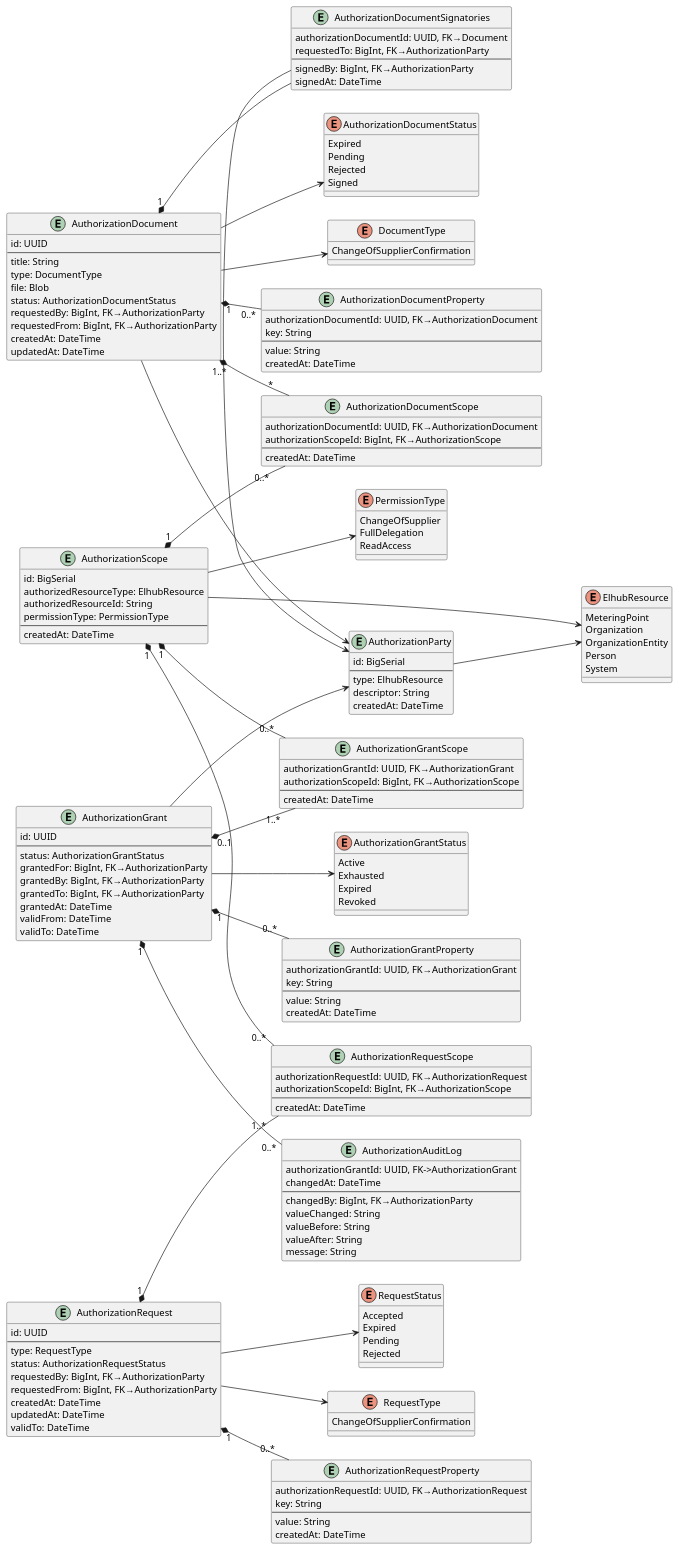
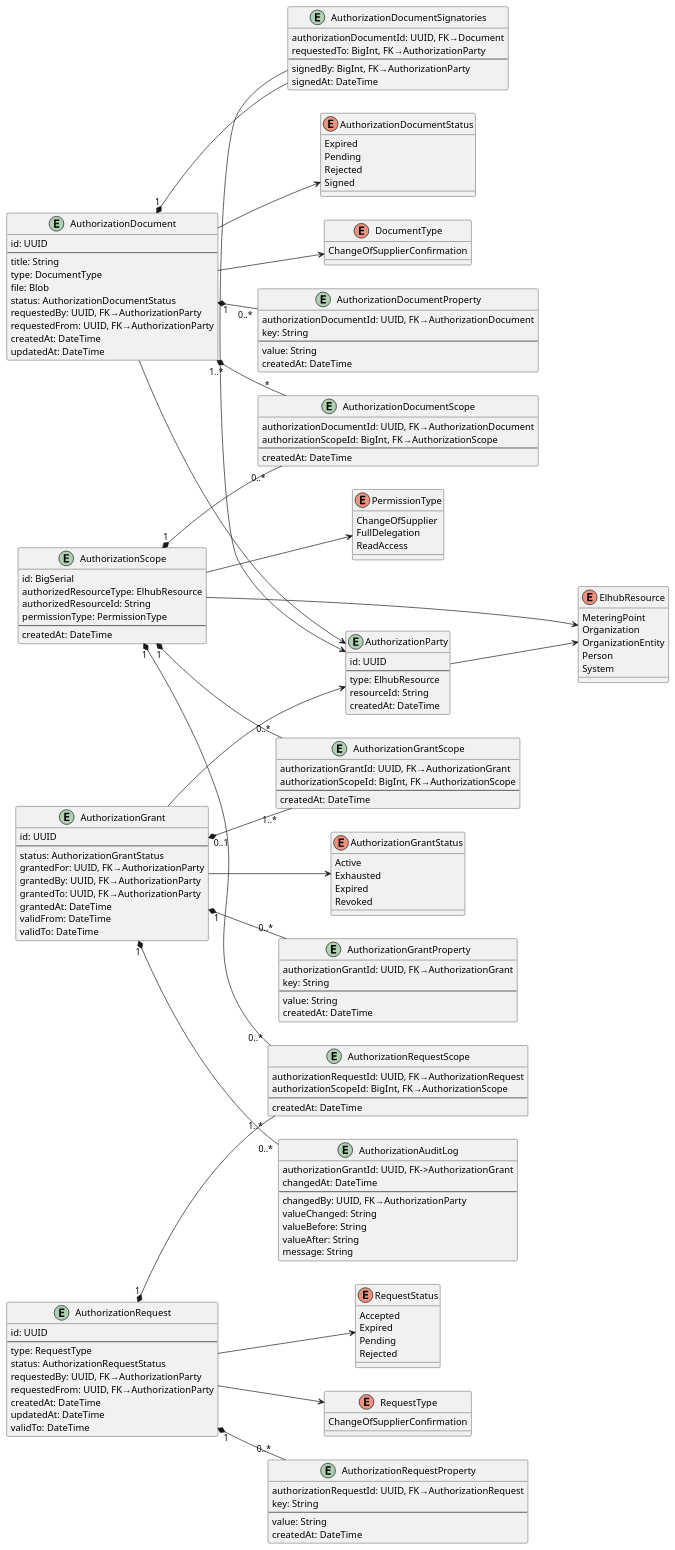
Before and after one commit to elhub/auth-grant-manager: the diagram in docs/assets/datamodel.plantuml, drawn with PlantUML. The commit also changed 12 other files, not shown here.

Commit message:
Extract authorization party as shared vertical slice. Also change authorization_grant.granted_{for,by,to} from VARCHAR -> UUID

```diff
--- a/docs/assets/datamodel.plantuml
+++ b/docs/assets/datamodel.plantuml
@@ -1,196 +1,196 @@
 @startuml datamodel
 left to right direction
 'top to bottom direction
 
 ' The PartyId is a type that is used to identify a party
 ' It can be an elhub user Id or a GLN. It is a string because it can be a UUID or a GLN-number
 ' type PartyId = String
 
 enum AuthorizationGrantStatus {
   Active
   Exhausted
   Expired
   Revoked
 }
 
 enum PermissionType {
   ChangeOfSupplier
   FullDelegation
   ReadAccess
 }
 
 enum AuthorizationDocumentStatus {
   Expired
   Pending
   Rejected
   Signed
 }
 
 enum RequestStatus {
   Accepted
   Expired
   Pending
   Rejected
 }
 
 enum ElhubResource {
   MeteringPoint
   Organization
   OrganizationEntity
   Person
   System
 }
 
 enum DocumentType {
   ChangeOfSupplierConfirmation
 }
 
 enum RequestType {
   ChangeOfSupplierConfirmation
 }
 
 entity AuthorizationGrant {
   id: UUID
   --
   status: AuthorizationGrantStatus
-  grantedFor: BigInt, FK→AuthorizationParty
-  grantedBy: BigInt, FK→AuthorizationParty
-  grantedTo: BigInt, FK→AuthorizationParty
+  grantedFor: UUID, FK→AuthorizationParty
+  grantedBy: UUID, FK→AuthorizationParty
+  grantedTo: UUID, FK→AuthorizationParty
   grantedAt: DateTime
   validFrom: DateTime
   validTo: DateTime
 }
 
 ' Used to store metadata related to the AuthorizationGrant
 entity AuthorizationGrantProperty {
   authorizationGrantId: UUID, FK→AuthorizationGrant
   key: String
   --
   value: String
   createdAt: DateTime
 }
 
 entity AuthorizationAuditLog {
   authorizationGrantId: UUID, FK->AuthorizationGrant
   changedAt: DateTime
   --
-  changedBy: BigInt, FK→AuthorizationParty
+  changedBy: UUID, FK→AuthorizationParty
   valueChanged: String
   valueBefore: String
   valueAfter: String
   message: String
 }
 
 entity AuthorizationRequest {
   id: UUID
   --
   type: RequestType
   status: AuthorizationRequestStatus
-  requestedBy: BigInt, FK→AuthorizationParty
-  requestedFrom: BigInt, FK→AuthorizationParty
+  requestedBy: UUID, FK→AuthorizationParty
+  requestedFrom: UUID, FK→AuthorizationParty
   createdAt: DateTime
   updatedAt: DateTime
   validTo: DateTime
 }
 
 entity AuthorizationRequestProperty {
   authorizationRequestId: UUID, FK→AuthorizationRequest
   key: String
   --
   value: String
   createdAt: DateTime
 }
 
 ' In this model it is assumed that the metadata is stored in the document.
 entity AuthorizationDocument {
   id: UUID
   --
   title: String
   type: DocumentType
   file: Blob
   status: AuthorizationDocumentStatus
-  requestedBy: BigInt, FK→AuthorizationParty
-  requestedFrom: BigInt, FK→AuthorizationParty
+  requestedBy: UUID, FK→AuthorizationParty
+  requestedFrom: UUID, FK→AuthorizationParty
   createdAt: DateTime
   updatedAt: DateTime
 }
 
 entity AuthorizationDocumentProperty {
   authorizationDocumentId: UUID, FK→AuthorizationDocument
   key: String
   --
   value: String
   createdAt: DateTime
 }
 
 entity AuthorizationDocumentSignatories {
   authorizationDocumentId: UUID, FK→Document
   requestedTo: BigInt, FK→AuthorizationParty
   --
   signedBy: BigInt, FK→AuthorizationParty
   signedAt: DateTime
 }
 
 entity AuthorizationGrantScope {
   authorizationGrantId: UUID, FK→AuthorizationGrant
   authorizationScopeId: BigInt, FK→AuthorizationScope
   --
   createdAt: DateTime
 }
 
 entity AuthorizationDocumentScope {
   authorizationDocumentId: UUID, FK→AuthorizationDocument
   authorizationScopeId: BigInt, FK→AuthorizationScope
   --
   createdAt: DateTime
 }
 
 entity AuthorizationRequestScope {
   authorizationRequestId: UUID, FK→AuthorizationRequest
   authorizationScopeId: BigInt, FK→AuthorizationScope
   --
   createdAt: DateTime
 }
 
 entity AuthorizationScope {
   id: BigSerial
   authorizedResourceType: ElhubResource
   authorizedResourceId: String
   permissionType: PermissionType
   --
   createdAt: DateTime
 }
 
 entity AuthorizationParty {
-  id: BigSerial
+  id: UUID
   --
   type: ElhubResource
-  descriptor: String
+  resourceId: String
   createdAt: DateTime
 }
 
 ' Relationships
 AuthorizationGrant "1" *-- "0..*" AuthorizationGrantProperty
 AuthorizationGrant "0..1" *-- "1..*" AuthorizationGrantScope
 AuthorizationGrant "1" *-- "0..*" AuthorizationAuditLog
 AuthorizationGrant --> AuthorizationGrantStatus
 AuthorizationGrant --> AuthorizationParty
 AuthorizationScope --> ElhubResource
 AuthorizationScope --> PermissionType
 AuthorizationScope "1" *-- "0..*" AuthorizationGrantScope
 AuthorizationScope "1" *-- "0..*" AuthorizationRequestScope
 AuthorizationScope "1" *-- "0..*" AuthorizationDocumentScope
 AuthorizationDocument "1" *-- "0..*" AuthorizationDocumentProperty
 AuthorizationDocument "1" *-- AuthorizationDocumentSignatories
 AuthorizationDocument "1..*" *-- "*" AuthorizationDocumentScope
 AuthorizationDocument --> DocumentType
 AuthorizationDocument --> AuthorizationDocumentStatus
 AuthorizationDocument --> AuthorizationParty
 AuthorizationDocumentSignatories -> AuthorizationParty
 AuthorizationRequest "1" *-- "0..*" AuthorizationRequestProperty
 AuthorizationRequest "1" *-- "1..*" AuthorizationRequestScope
 AuthorizationRequest --> RequestType
 AuthorizationRequest --> RequestStatus
 AuthorizationParty --> ElhubResource
 
 @enduml
```
